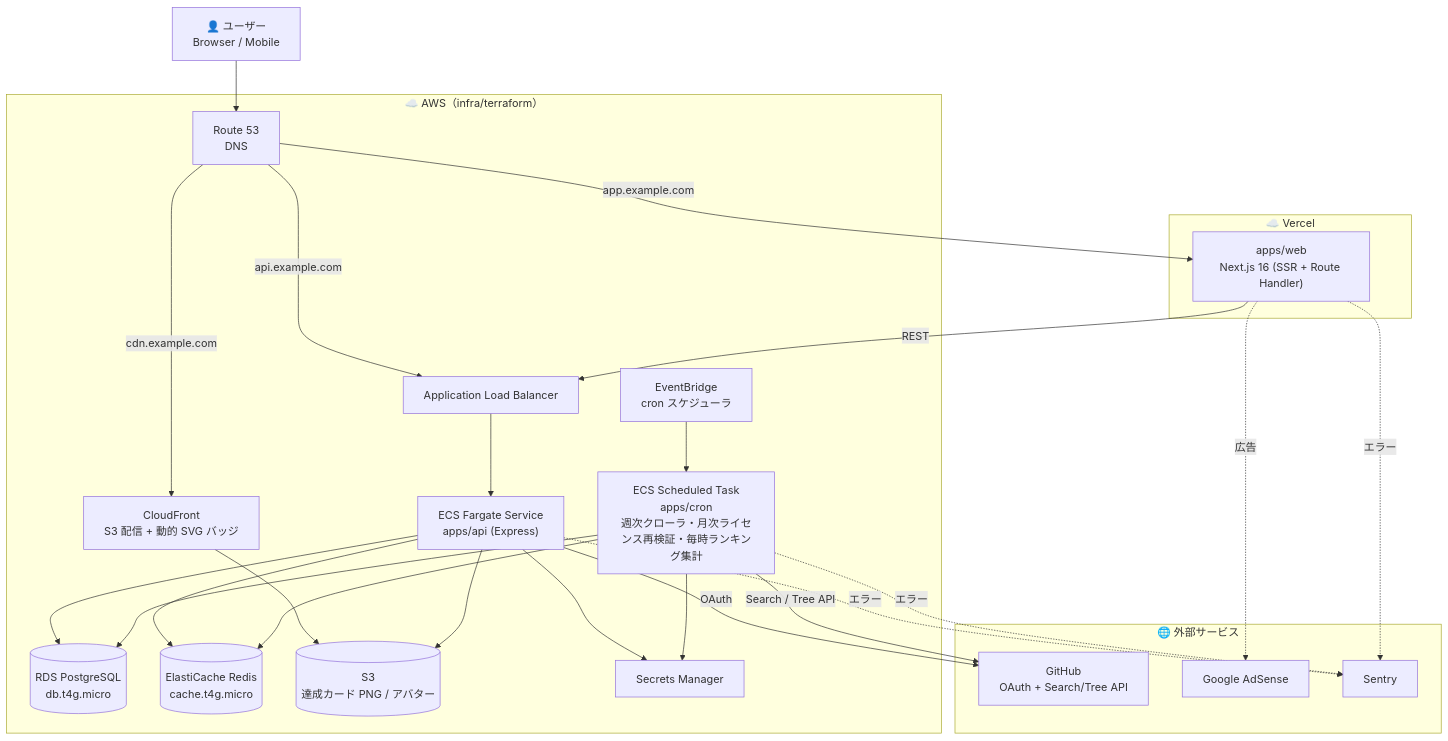
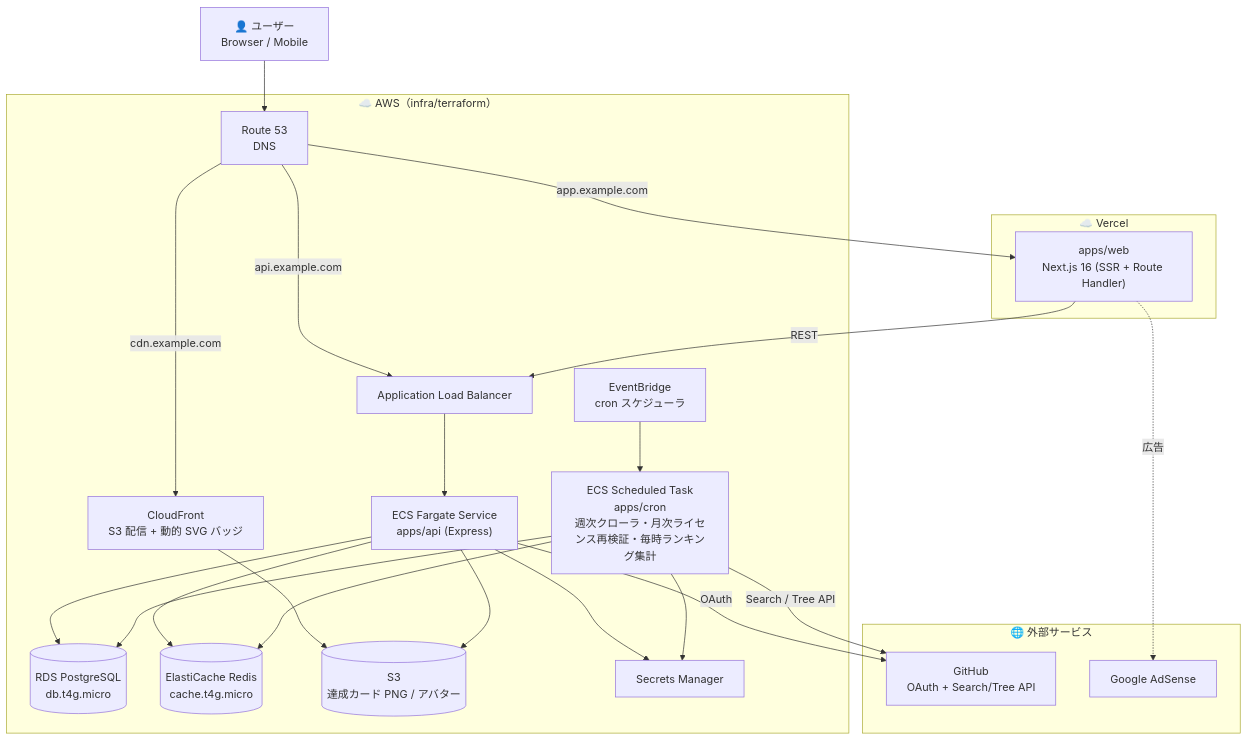
One commit to kentakki416/typing-royale changed the second of 2 diagrams in README.md. Above: the diagram before and after it, drawn with Mermaid. The commit also changed 20 other files, not shown here.

````diff
--- a/README.md
+++ b/README.md
@@ -91,53 +91,49 @@
 ```mermaid
 flowchart TB
     User["👤 ユーザー<br/>Browser / Mobile"]
 
     subgraph Vercel["☁️ Vercel"]
         WebHost["apps/web<br/>Next.js 16 (SSR + Route Handler)"]
     end
 
     subgraph AWS["☁️ AWS（infra/terraform）"]
         Route53["Route 53<br/>DNS"]
         ALB["Application Load Balancer"]
         ECSApi["ECS Fargate Service<br/>apps/api (Express)"]
         ECSCron["ECS Scheduled Task<br/>apps/cron<br/>週次クローラ・月次ライセンス再検証・毎時ランキング集計"]
         EventBridge["EventBridge<br/>cron スケジューラ"]
         RDS[("RDS PostgreSQL<br/>db.t4g.micro")]
         Redis[("ElastiCache Redis<br/>cache.t4g.micro")]
         S3[("S3<br/>達成カード PNG / アバター")]
         CloudFront["CloudFront<br/>S3 配信 + 動的 SVG バッジ"]
         Secrets["Secrets Manager"]
     end
 
     subgraph External["🌐 外部サービス"]
         GitHub["GitHub<br/>OAuth + Search/Tree API"]
         AdSense["Google AdSense"]
-        Sentry["Sentry"]
     end
 
     User --> Route53
     Route53 -->|app.example.com| WebHost
     Route53 -->|api.example.com| ALB
     Route53 -->|cdn.example.com| CloudFront
 
     WebHost -->|REST| ALB
     ALB --> ECSApi
     CloudFront --> S3
 
     ECSApi --> RDS
     ECSApi --> Redis
     ECSApi --> S3
     ECSApi --> Secrets
     ECSApi -->|OAuth| GitHub
 
     EventBridge --> ECSCron
     ECSCron -->|Search / Tree API| GitHub
     ECSCron --> RDS
     ECSCron --> Redis
     ECSCron --> Secrets
 
     WebHost -.広告.-> AdSense
-    WebHost -.エラー.-> Sentry
-    ECSApi -.エラー.-> Sentry
-    ECSCron -.エラー.-> Sentry
 ```
````
